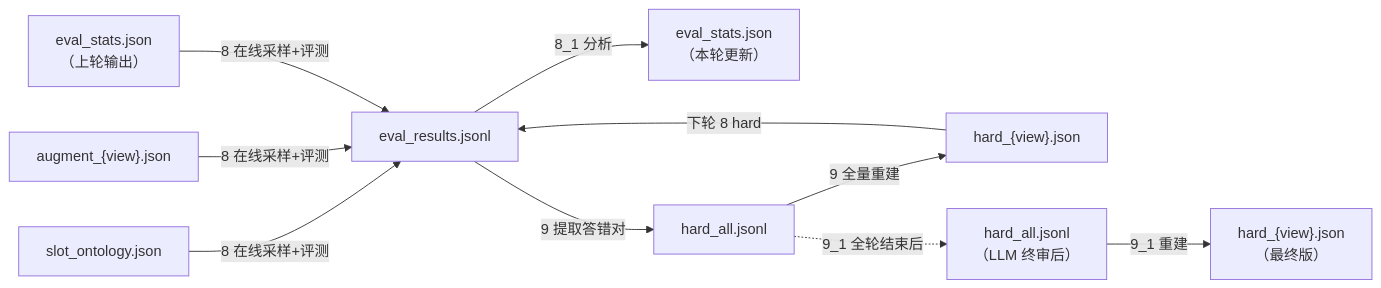
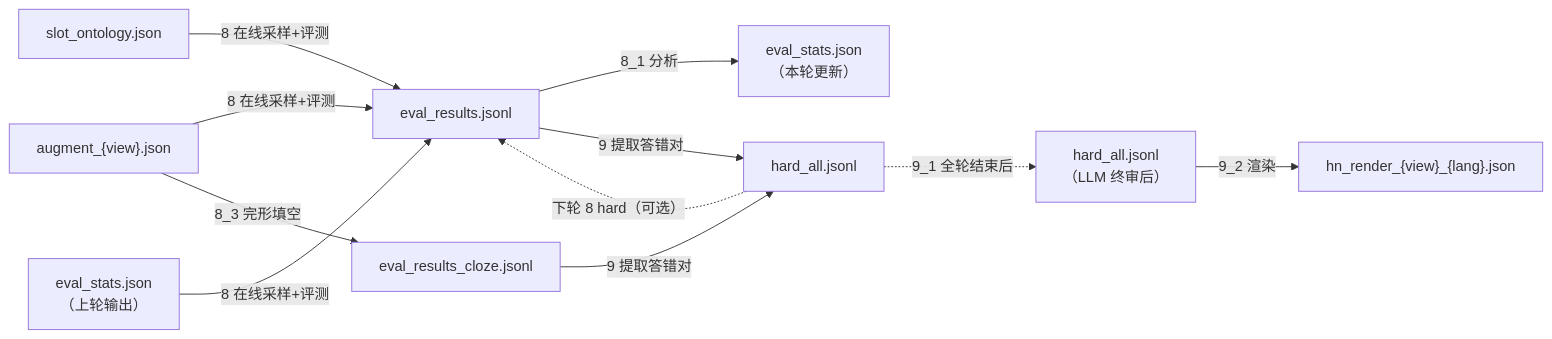
One commit to Fancomi/sport_ontology changed the second of 3 diagrams in tools/PIPELINE.md. Above: the diagram before and after it, drawn with Mermaid. The commit also changed other lines of this file and 5 other files, not shown here.

````diff
--- a/tools/PIPELINE.md
+++ b/tools/PIPELINE.md
@@ -40,15 +46,15 @@
 ```mermaid
 flowchart LR
     ONTO["slot_ontology.json"]
     AUG["augment_{view}.json"]
     STATS["eval_stats.json\n（上轮输出）"]
 
     ONTO & AUG & STATS -->|"8 在线采样+评测"| EVAL["eval_results.jsonl"]
+    AUG -->|"8_3 完形填空"| CLOZE["eval_results_cloze.jsonl"]
     EVAL -->|8_1 分析| STATS2["eval_stats.json\n（本轮更新）"]
-    EVAL -->|9 提取答错对| HALL["hard_all.jsonl"]
-    HALL -->|9 全量重建| HARD["hard_{view}.json"]
-    HARD -->|下轮 8 hard| EVAL
+    EVAL & CLOZE -->|9 提取答错对| HALL["hard_all.jsonl"]
+    HALL -.->|"下轮 8 hard（可选）"| EVAL
 
     HALL -.->|9_1 全轮结束后| HALL2["hard_all.jsonl\n（LLM 终审后）"]
-    HALL2 -->|9_1 重建| HARD2["hard_{view}.json\n（最终版）"]
+    HALL2 -->|9_2 渲染| RENDER["hn_render_{view}_{lang}.json"]
 ```
````
